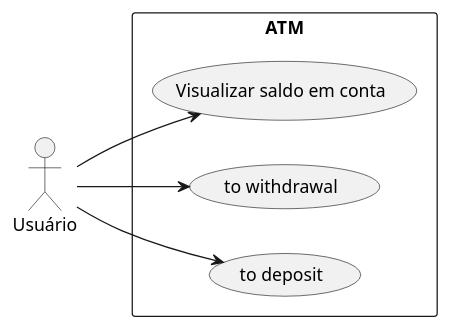
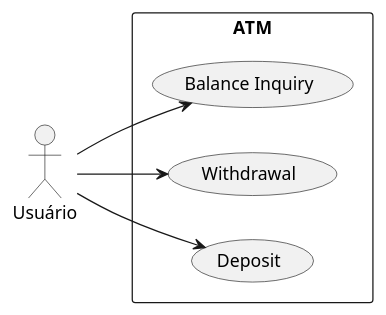
One commit to marcuswlima/learning changed the diagram in c++/Deitel/atm/umlUserCaso.puml. Above: the diagram before and after it, drawn with PlantUML. The commit also changed 2 other files, not shown here.

```diff
--- a/c++/Deitel/atm/umlUserCaso.puml
+++ b/c++/Deitel/atm/umlUserCaso.puml
@@ -1,12 +1,12 @@
 @startuml
 left to right direction
 actor "Usuário" as fc
 rectangle ATM {
-  usecase "Visualizar saldo em conta" as UC1
-  usecase "to withdrawal" as UC2
-  usecase "to deposit" as UC3
+  usecase "Balance Inquiry" as UC1
+  usecase "Withdrawal" as UC2
+  usecase "Deposit" as UC3
 }
 fc --> UC1
 fc --> UC2
 fc --> UC3
 @enduml
```
